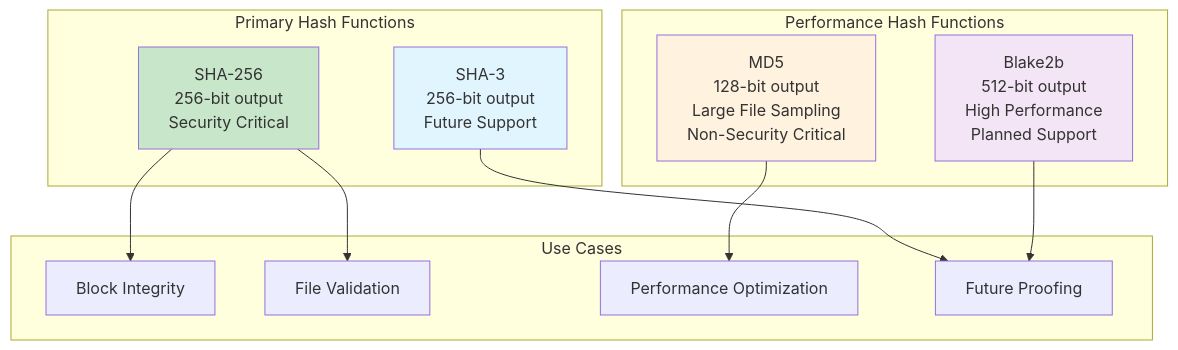
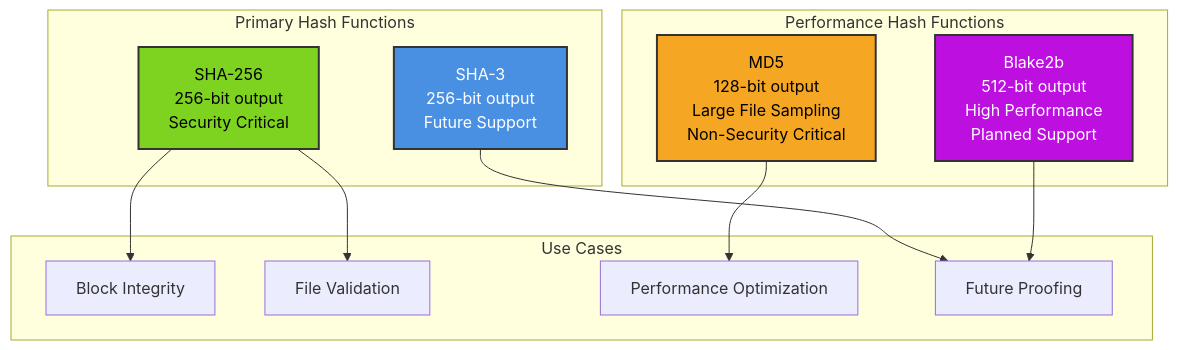
Before and after one commit to mbhatt1/maifscratch: diagram 11 of 24 in SECURITY_SPECIFICATION.md, drawn with Mermaid. The commit also changed other lines of this file, not shown here.

````diff
--- a/SECURITY_SPECIFICATION.md
+++ b/SECURITY_SPECIFICATION.md
@@ -530,30 +530,30 @@
 ```mermaid
 graph TD
     subgraph "Primary Hash Functions"
         A[SHA-256<br/>256-bit output<br/>Security Critical]
         B[SHA-3<br/>256-bit output<br/>Future Support]
     end
     
     subgraph "Performance Hash Functions"
         C[MD5<br/>128-bit output<br/>Large File Sampling<br/>Non-Security Critical]
         D[Blake2b<br/>512-bit output<br/>High Performance<br/>Planned Support]
     end
     
     subgraph "Use Cases"
         E[Block Integrity]
         F[File Validation]
         G[Performance Optimization]
         H[Future Proofing]
     end
     
     A --> E
     A --> F
     C --> G
     B --> H
     D --> H
     
-    style A fill:#c8e6c9
-    style B fill:#e1f5fe
-    style C fill:#fff3e0
-    style D fill:#f3e5f5
+    style A fill:#7ED321,stroke:#333,stroke-width:2px,color:#000
+    style B fill:#4A90E2,stroke:#333,stroke-width:2px,color:#fff
+    style C fill:#F5A623,stroke:#333,stroke-width:2px,color:#000
+    style D fill:#BD10E0,stroke:#333,stroke-width:2px,color:#fff
 ```
````
